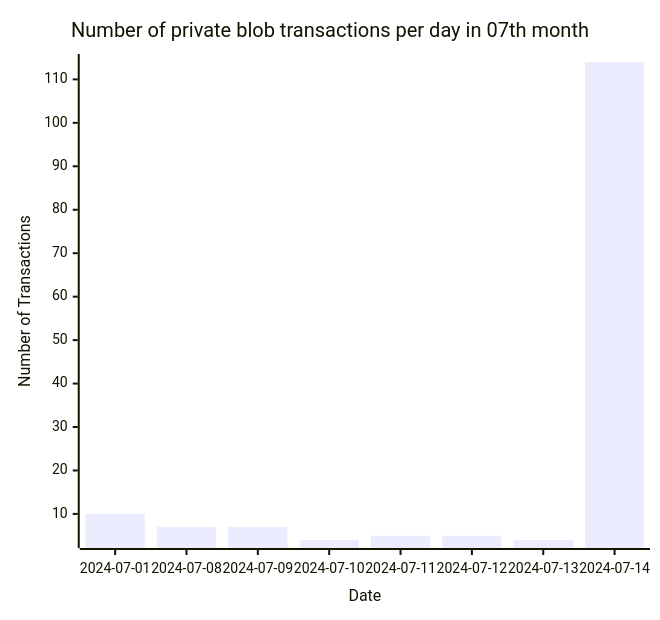
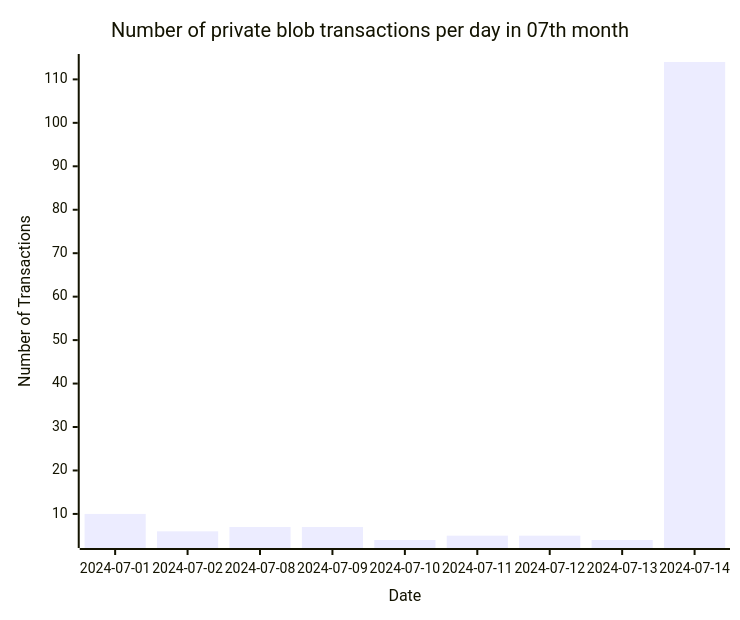
One commit to Amit0617/eip4844-data changed the fifth of 5 diagrams in README.md. Above: the diagram before and after it, drawn with Mermaid. The commit also changed 1 other file, not shown here.

````diff
--- a/README.md
+++ b/README.md
@@ -53,12 +53,12 @@
 ```mermaid
 ---
 config:
     xyChart:
-        width: 640
+        width: 720
         height: 600
 ---
 xychart-beta title "Number of private blob transactions per day in 07th month"
-x-axis "Date" [2024-07-01,2024-07-08,2024-07-09,2024-07-10,2024-07-11,2024-07-12,2024-07-13,2024-07-14]
+x-axis "Date" [2024-07-01,2024-07-02,2024-07-08,2024-07-09,2024-07-10,2024-07-11,2024-07-12,2024-07-13,2024-07-14]
 y-axis "Number of Transactions"
-bar[10,7,7,4,5,5,4,114]
+bar[10,6,7,7,4,5,5,4,114]
 ```
````
